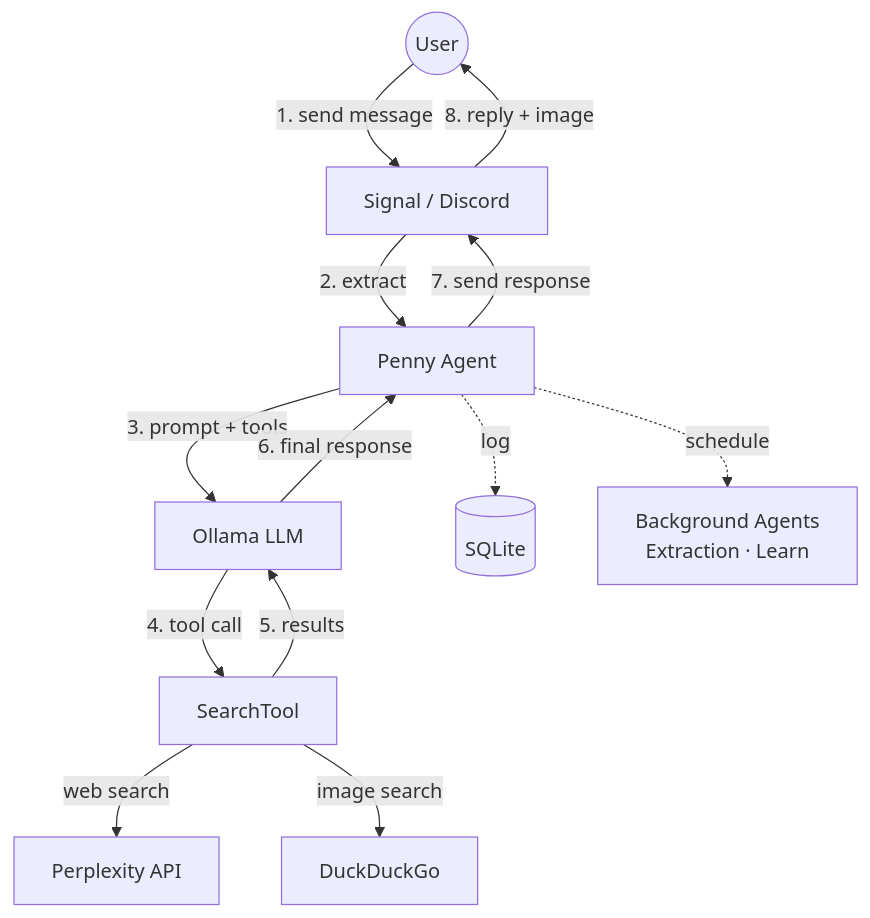
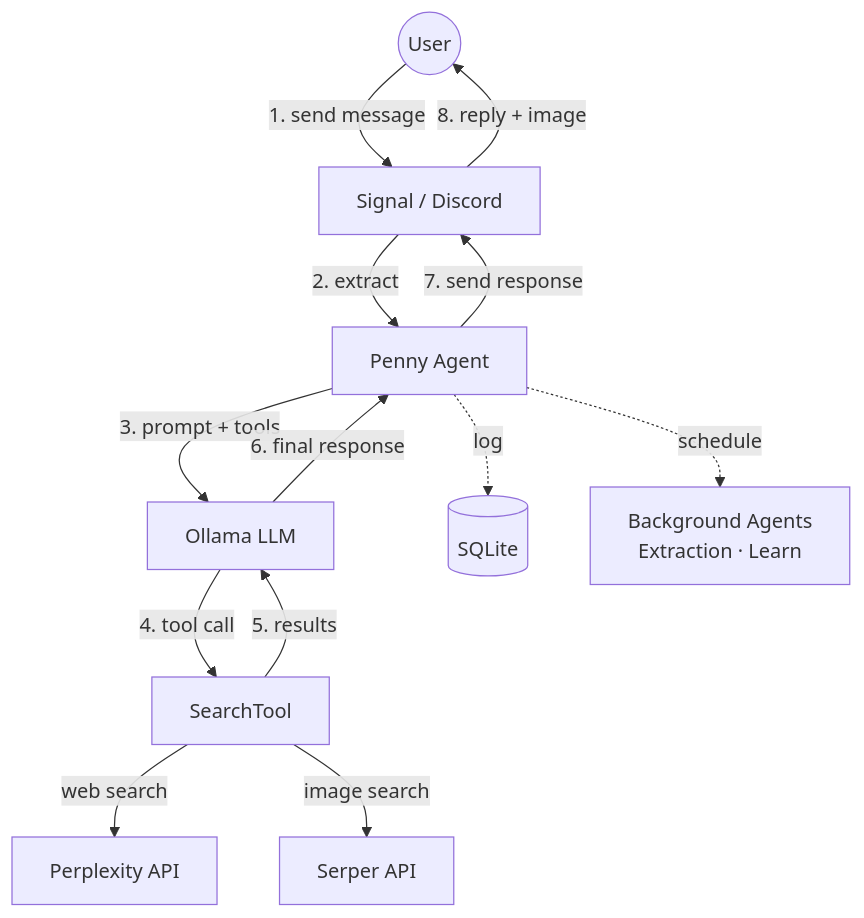
One commit to jaredlockhart/penny changed the diagram in README.md. Above: the diagram before and after it, drawn with Mermaid. The commit also changed other lines of this file and 10 other files, not shown here.

First line of the commit message:
feat: replace DuckDuckGo image search with Serper (#364)

````diff
--- a/README.md
+++ b/README.md
@@ -32,16 +32,16 @@
 ```mermaid
 flowchart TD
     User((User)) -->|"1. send message"| Channel[Signal / Discord]
     Channel -->|"2. extract"| Penny[Penny Agent]
     Penny -->|"3. prompt + tools"| Ollama[Ollama LLM]
     Ollama -->|"4. tool call"| Search[SearchTool]
     Search -->|"web search"| Perplexity[Perplexity API]
-    Search -->|"image search"| DDG[DuckDuckGo]
+    Search -->|"image search"| Serper[Serper API]
     Search -->|"5. results"| Ollama
     Ollama -->|"6. final response"| Penny
     Penny -->|"7. send response"| Channel
     Channel -->|"8. reply + image"| User
 
     Penny -.->|"log"| DB[(SQLite)]
     Penny -.->|"schedule"| BG["Background Agents\nExtraction · Learn"]
 ```
````
